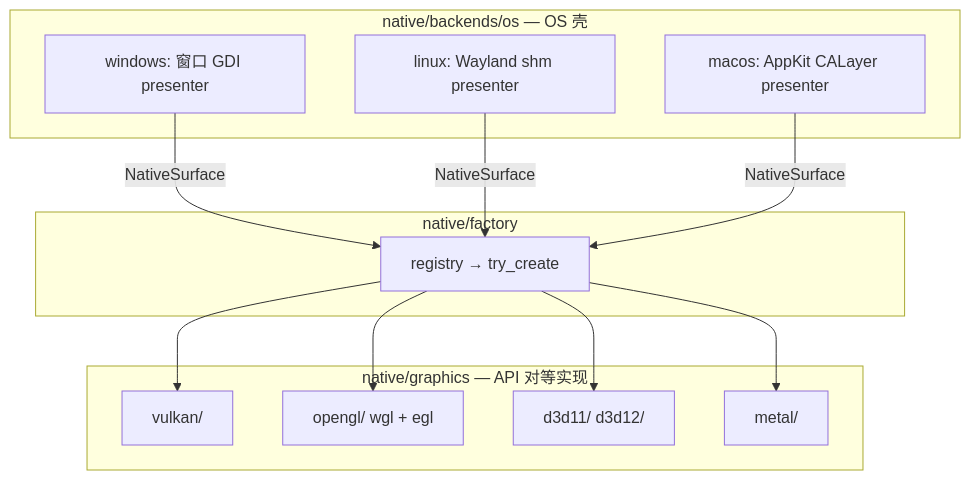
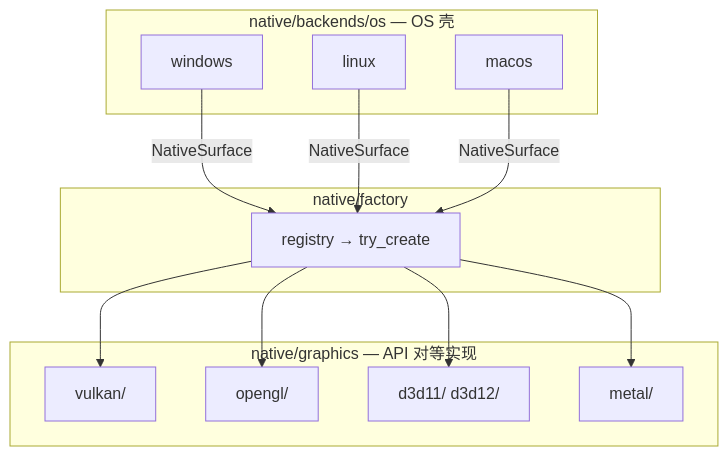
One commit to yang86953/uix-app changed the diagram in docs/areas/systems/graphics-backend-pluggable.md. Above: the diagram before and after it, drawn with Mermaid. The commit also changed other lines of this file and 34 other files, not shown here.

First line of the commit message:
feat: P6.8 正交渲染轴 + D3D11 GpuNative 实心填充/描边/文字图集

````diff
--- a/docs/areas/systems/graphics-backend-pluggable.md
+++ b/docs/areas/systems/graphics-backend-pluggable.md
@@ -129,53 +106,24 @@
 ```mermaid
-
 flowchart TB
-
     subgraph backends [native/backends/os — OS 壳]
-
-        Win[windows: 窗口 GDI presenter]
-
-        Lin[linux: Wayland shm presenter]
-
-        Mac[macos: AppKit CALayer presenter]
-
+        Win[windows]
+        Lin[linux]
+        Mac[macos]
     end
-
-
-
     subgraph graphics [native/graphics — API 对等实现]
-
         VK[vulkan/]
-
-        GL[opengl/ wgl + egl]
-
+        GL[opengl/]
         D3D[d3d11/ d3d12/]
-
         MTL[metal/]
-
     end
-
-
-
     subgraph factory [native/factory]
-
         REG[registry → try_create]
-
     end
-
-
-
     Win -->|NativeSurface| REG
-
     Lin -->|NativeSurface| REG
-
     Mac -->|NativeSurface| REG
-
     REG --> VK
-
     REG --> GL
-
     REG --> D3D
-
     REG --> MTL
-
 ```
````
